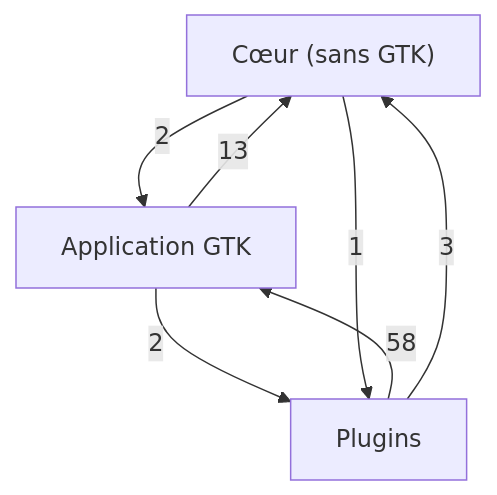
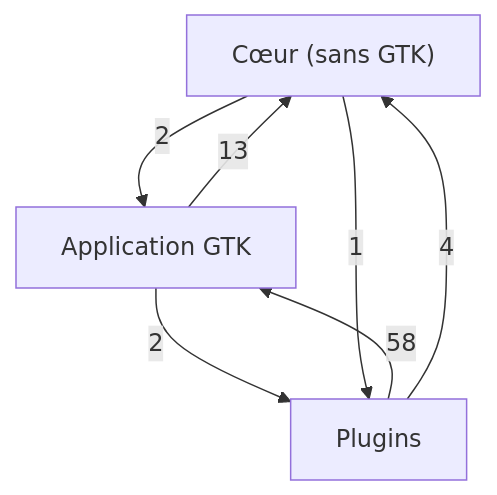
One commit to Mathide-Team/Gcm4 changed the first of 4 diagrams in docs/class-diagram.md. Above: the diagram before and after it, drawn with Mermaid. The commit also changed 9 other files, not shown here.

````diff
--- a/docs/class-diagram.md
+++ b/docs/class-diagram.md
@@ -21,12 +21,12 @@
 ```mermaid
 flowchart TD
     g0["Cœur (sans GTK)"]
     g1["Application GTK"]
     g2["Plugins"]
     g1 -->|13| g0
     g1 -->|2| g2
     g0 -->|2| g1
     g0 -->|1| g2
     g2 -->|58| g1
-    g2 -->|3| g0
+    g2 -->|4| g0
 ```
````
